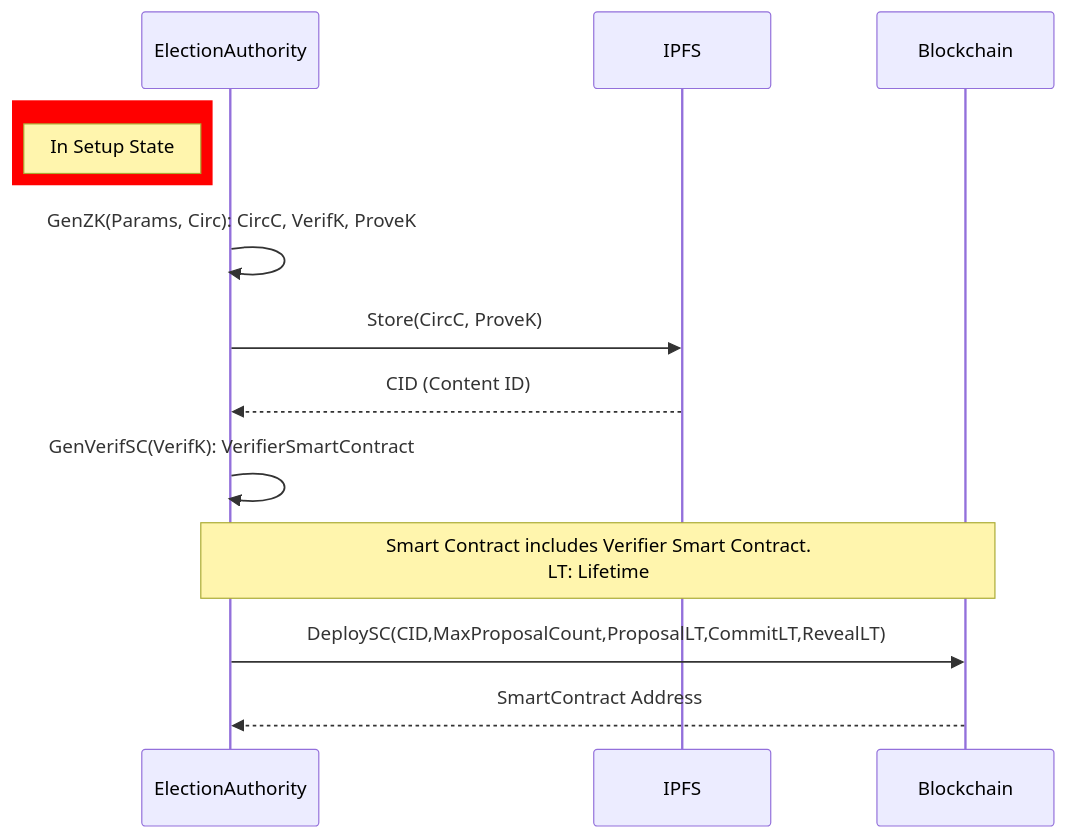
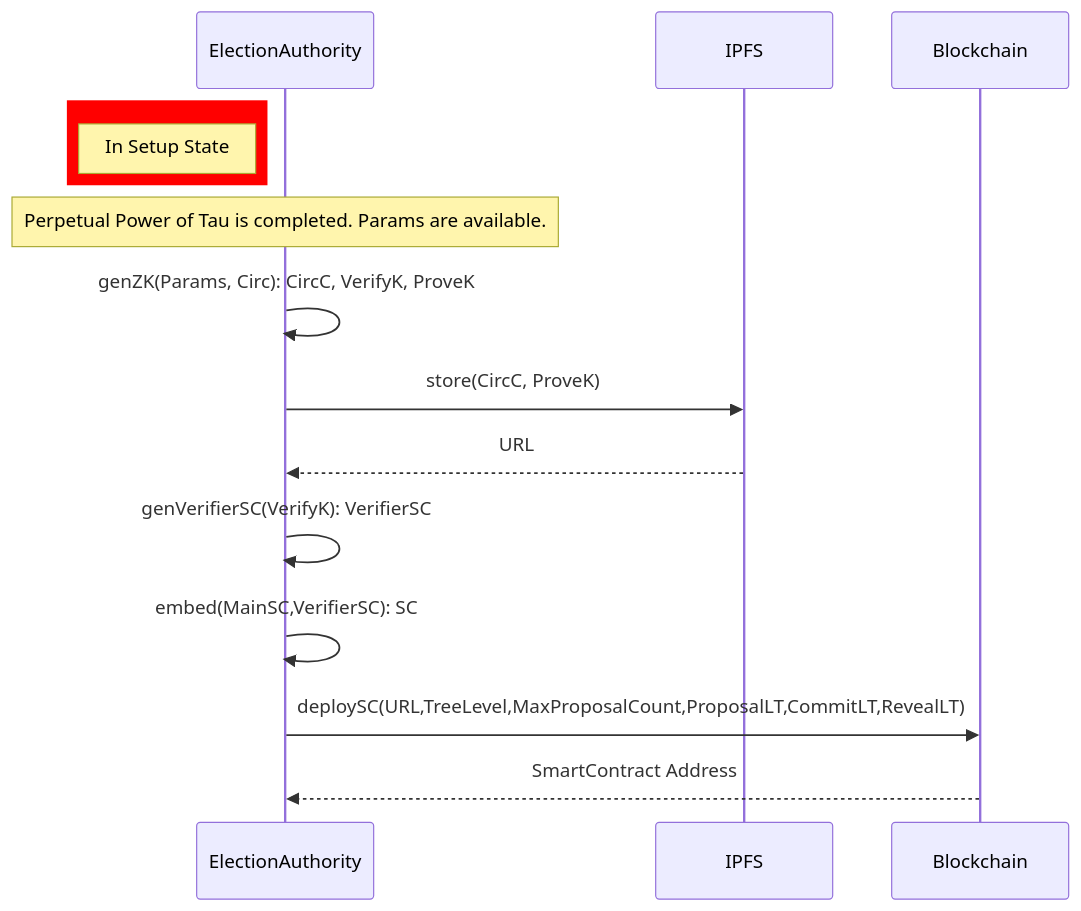
One commit to ceyonur/electanon changed the diagram in docs/flows/basic/setup.mmd. Above: the diagram before and after it, drawn with Mermaid. The commit also changed 145 other files, not shown here.

```diff
--- a/docs/flows/basic/setup.mmd
+++ b/docs/flows/basic/setup.mmd
@@ -1,12 +1,13 @@
 sequenceDiagram
 rect rgb(255, 0, 0)
 note left of EA: In Setup State
 end
 participant EA as ElectionAuthority
-EA ->> EA: GenZK(Params, Circ): CircC, VerifK, ProveK
-EA ->> IPFS: Store(CircC, ProveK)
-IPFS -->> EA: CID (Content ID)
-EA ->> EA: GenVerifSC(VerifK): VerifierSmartContract
-note over EA, Blockchain: Smart Contract includes Verifier Smart Contract. <br> LT: Lifetime
-EA->>Blockchain: DeploySC(CID,MaxProposalCount,ProposalLT,CommitLT,RevealLT)
+Note over EA: Perpetual Power of Tau is completed. Params are available.
+EA ->> EA: genZK(Params, Circ): CircC, VerifyK, ProveK
+EA ->> IPFS: store(CircC, ProveK)
+IPFS -->> EA: URL
+EA ->> EA: genVerifierSC(VerifyK): VerifierSC
+EA ->> EA: embed(MainSC,VerifierSC): SC
+EA->>Blockchain: deploySC(URL,TreeLevel,MaxProposalCount,ProposalLT,CommitLT,RevealLT)
 Blockchain -->> EA: SmartContract Address
```
